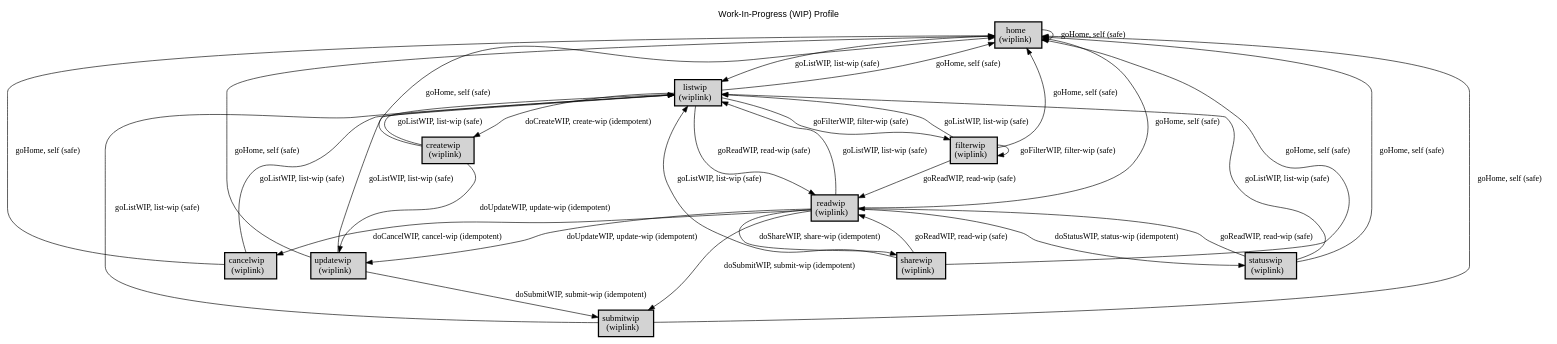
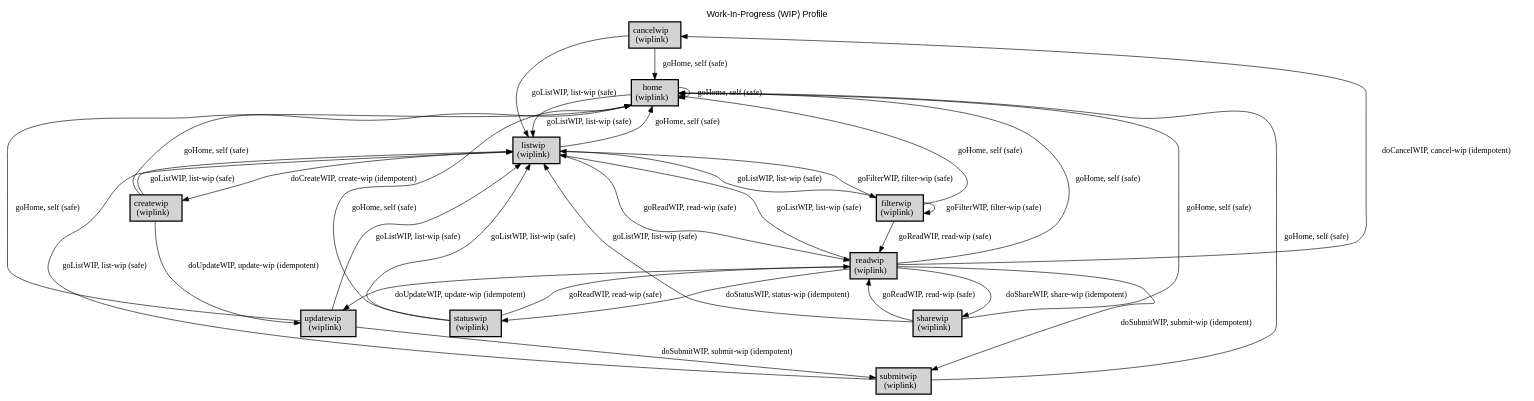
The diagram in docs/wip/wip.dot (webapicookbook/alps-documents), drawn with Graphviz before and after one commit. The commit also changed other lines of this file and 72 other files, not shown here.

```diff
--- a/docs/wip/wip.dot
+++ b/docs/wip/wip.dot
@@ -1,56 +1,56 @@
 digraph application_state_diagram {
   graph [
     labelloc="t";
     fontname="Helvetica"
     label="Work-In-Progress (WIP) Profile";
     URL="index.html" target="_parent"
   ];
   node [shape = box, style = "bold,filled" fillcolor="lightgray"];
 
+    cancelwip [margin=0.02, label=<<table cellspacing="0" cellpadding="5" border="0"><tr><td>cancelwip<br />(wiplink)<br /></td></tr></table>>,shape=box URL="docs/semantic.cancelwip.html" target="_parent"]
+    createwip [margin=0.02, label=<<table cellspacing="0" cellpadding="5" border="0"><tr><td>createwip<br />(wiplink)<br /></td></tr></table>>,shape=box URL="docs/semantic.createwip.html" target="_parent"]
+    filterwip [margin=0.02, label=<<table cellspacing="0" cellpadding="5" border="0"><tr><td>filterwip<br />(wiplink)<br /></td></tr></table>>,shape=box URL="docs/semantic.filterwip.html" target="_parent"]
     home [margin=0.02, label=<<table cellspacing="0" cellpadding="5" border="0"><tr><td>home<br />(wiplink)<br /></td></tr></table>>,shape=box URL="docs/semantic.home.html" target="_parent"]
     listwip [margin=0.02, label=<<table cellspacing="0" cellpadding="5" border="0"><tr><td>listwip<br />(wiplink)<br /></td></tr></table>>,shape=box URL="docs/semantic.listwip.html" target="_parent"]
-    createwip [margin=0.02, label=<<table cellspacing="0" cellpadding="5" border="0"><tr><td>createwip<br />(wiplink)<br /></td></tr></table>>,shape=box URL="docs/semantic.createwip.html" target="_parent"]
     readwip [margin=0.02, label=<<table cellspacing="0" cellpadding="5" border="0"><tr><td>readwip<br />(wiplink)<br /></td></tr></table>>,shape=box URL="docs/semantic.readwip.html" target="_parent"]
-    updatewip [margin=0.02, label=<<table cellspacing="0" cellpadding="5" border="0"><tr><td>updatewip<br />(wiplink)<br /></td></tr></table>>,shape=box URL="docs/semantic.updatewip.html" target="_parent"]
-    submitwip [margin=0.02, label=<<table cellspacing="0" cellpadding="5" border="0"><tr><td>submitwip<br />(wiplink)<br /></td></tr></table>>,shape=box URL="docs/semantic.submitwip.html" target="_parent"]
-    cancelwip [margin=0.02, label=<<table cellspacing="0" cellpadding="5" border="0"><tr><td>cancelwip<br />(wiplink)<br /></td></tr></table>>,shape=box URL="docs/semantic.cancelwip.html" target="_parent"]
-    filterwip [margin=0.02, label=<<table cellspacing="0" cellpadding="5" border="0"><tr><td>filterwip<br />(wiplink)<br /></td></tr></table>>,shape=box URL="docs/semantic.filterwip.html" target="_parent"]
     sharewip [margin=0.02, label=<<table cellspacing="0" cellpadding="5" border="0"><tr><td>sharewip<br />(wiplink)<br /></td></tr></table>>,shape=box URL="docs/semantic.sharewip.html" target="_parent"]
     statuswip [margin=0.02, label=<<table cellspacing="0" cellpadding="5" border="0"><tr><td>statuswip<br />(wiplink)<br /></td></tr></table>>,shape=box URL="docs/semantic.statuswip.html" target="_parent"]
+    submitwip [margin=0.02, label=<<table cellspacing="0" cellpadding="5" border="0"><tr><td>submitwip<br />(wiplink)<br /></td></tr></table>>,shape=box URL="docs/semantic.submitwip.html" target="_parent"]
+    updatewip [margin=0.02, label=<<table cellspacing="0" cellpadding="5" border="0"><tr><td>updatewip<br />(wiplink)<br /></td></tr></table>>,shape=box URL="docs/semantic.updatewip.html" target="_parent"]
 
-    home -> listwip [label = "goListWIP, list-wip (safe)" URL="docs/safe.goListWIP.html" target="_parent" fontsize=13];
-    home -> home [label = "goHome, self (safe)" URL="docs/safe.goHome.html" target="_parent" fontsize=13];
-    listwip -> filterwip [label = "goFilterWIP, filter-wip (safe)" URL="docs/safe.goFilterWIP.html" target="_parent" fontsize=13];
-    listwip -> readwip [label = "goReadWIP, read-wip (safe)" URL="docs/safe.goReadWIP.html" target="_parent" fontsize=13];
-    listwip -> createwip [label = "doCreateWIP, create-wip (idempotent)" URL="docs/idempotent.doCreateWIP.html" target="_parent" fontsize=13];
-    listwip -> home [label = "goHome, self (safe)" URL="docs/safe.goHome.html" target="_parent" fontsize=13];
+    cancelwip -> home [label = "goHome, self (safe)" URL="docs/safe.goHome.html" target="_parent" fontsize=13];
+    cancelwip -> listwip [label = "goListWIP, list-wip (safe)" URL="docs/safe.goListWIP.html" target="_parent" fontsize=13];
+    createwip -> home [label = "goHome, self (safe)" URL="docs/safe.goHome.html" target="_parent" fontsize=13];
+    createwip -> listwip [label = "goListWIP, list-wip (safe)" URL="docs/safe.goListWIP.html" target="_parent" fontsize=13];
     createwip -> updatewip [label = "doUpdateWIP, update-wip (idempotent)" URL="docs/idempotent.doUpdateWIP.html" target="_parent" fontsize=13];
-    createwip -> listwip [label = "goListWIP, list-wip (safe)" URL="docs/safe.goListWIP.html" target="_parent" fontsize=13];
-    createwip -> home [label = "goHome, self (safe)" URL="docs/safe.goHome.html" target="_parent" fontsize=13];
-    readwip -> sharewip [label = "doShareWIP, share-wip (idempotent)" URL="docs/idempotent.doShareWIP.html" target="_parent" fontsize=13];
-    readwip -> updatewip [label = "doUpdateWIP, update-wip (idempotent)" URL="docs/idempotent.doUpdateWIP.html" target="_parent" fontsize=13];
-    readwip -> submitwip [label = "doSubmitWIP, submit-wip (idempotent)" URL="docs/idempotent.doSubmitWIP.html" target="_parent" fontsize=13];
-    readwip -> cancelwip [label = "doCancelWIP, cancel-wip (idempotent)" URL="docs/idempotent.doCancelWIP.html" target="_parent" fontsize=13];
-    readwip -> statuswip [label = "doStatusWIP, status-wip (idempotent)" URL="docs/idempotent.doStatusWIP.html" target="_parent" fontsize=13];
-    readwip -> listwip [label = "goListWIP, list-wip (safe)" URL="docs/safe.goListWIP.html" target="_parent" fontsize=13];
-    readwip -> home [label = "goHome, self (safe)" URL="docs/safe.goHome.html" target="_parent" fontsize=13];
-    updatewip -> submitwip [label = "doSubmitWIP, submit-wip (idempotent)" URL="docs/idempotent.doSubmitWIP.html" target="_parent" fontsize=13];
-    updatewip -> listwip [label = "goListWIP, list-wip (safe)" URL="docs/safe.goListWIP.html" target="_parent" fontsize=13];
-    updatewip -> home [label = "goHome, self (safe)" URL="docs/safe.goHome.html" target="_parent" fontsize=13];
-    submitwip -> listwip [label = "goListWIP, list-wip (safe)" URL="docs/safe.goListWIP.html" target="_parent" fontsize=13];
-    submitwip -> home [label = "goHome, self (safe)" URL="docs/safe.goHome.html" target="_parent" fontsize=13];
-    cancelwip -> listwip [label = "goListWIP, list-wip (safe)" URL="docs/safe.goListWIP.html" target="_parent" fontsize=13];
-    cancelwip -> home [label = "goHome, self (safe)" URL="docs/safe.goHome.html" target="_parent" fontsize=13];
+    filterwip -> filterwip [label = "goFilterWIP, filter-wip (safe)" URL="docs/safe.goFilterWIP.html" target="_parent" fontsize=13];
     filterwip -> home [label = "goHome, self (safe)" URL="docs/safe.goHome.html" target="_parent" fontsize=13];
     filterwip -> listwip [label = "goListWIP, list-wip (safe)" URL="docs/safe.goListWIP.html" target="_parent" fontsize=13];
-    filterwip -> filterwip [label = "goFilterWIP, filter-wip (safe)" URL="docs/safe.goFilterWIP.html" target="_parent" fontsize=13];
     filterwip -> readwip [label = "goReadWIP, read-wip (safe)" URL="docs/safe.goReadWIP.html" target="_parent" fontsize=13];
+    home -> home [label = "goHome, self (safe)" URL="docs/safe.goHome.html" target="_parent" fontsize=13];
+    home -> listwip [label = "goListWIP, list-wip (safe)" URL="docs/safe.goListWIP.html" target="_parent" fontsize=13];
+    listwip -> createwip [label = "doCreateWIP, create-wip (idempotent)" URL="docs/idempotent.doCreateWIP.html" target="_parent" fontsize=13];
+    listwip -> filterwip [label = "goFilterWIP, filter-wip (safe)" URL="docs/safe.goFilterWIP.html" target="_parent" fontsize=13];
+    listwip -> home [label = "goHome, self (safe)" URL="docs/safe.goHome.html" target="_parent" fontsize=13];
+    listwip -> readwip [label = "goReadWIP, read-wip (safe)" URL="docs/safe.goReadWIP.html" target="_parent" fontsize=13];
+    readwip -> cancelwip [label = "doCancelWIP, cancel-wip (idempotent)" URL="docs/idempotent.doCancelWIP.html" target="_parent" fontsize=13];
+    readwip -> home [label = "goHome, self (safe)" URL="docs/safe.goHome.html" target="_parent" fontsize=13];
+    readwip -> listwip [label = "goListWIP, list-wip (safe)" URL="docs/safe.goListWIP.html" target="_parent" fontsize=13];
+    readwip -> sharewip [label = "doShareWIP, share-wip (idempotent)" URL="docs/idempotent.doShareWIP.html" target="_parent" fontsize=13];
+    readwip -> statuswip [label = "doStatusWIP, status-wip (idempotent)" URL="docs/idempotent.doStatusWIP.html" target="_parent" fontsize=13];
+    readwip -> submitwip [label = "doSubmitWIP, submit-wip (idempotent)" URL="docs/idempotent.doSubmitWIP.html" target="_parent" fontsize=13];
+    readwip -> updatewip [label = "doUpdateWIP, update-wip (idempotent)" URL="docs/idempotent.doUpdateWIP.html" target="_parent" fontsize=13];
+    sharewip -> home [label = "goHome, self (safe)" URL="docs/safe.goHome.html" target="_parent" fontsize=13];
+    sharewip -> listwip [label = "goListWIP, list-wip (safe)" URL="docs/safe.goListWIP.html" target="_parent" fontsize=13];
     sharewip -> readwip [label = "goReadWIP, read-wip (safe)" URL="docs/safe.goReadWIP.html" target="_parent" fontsize=13];
-    sharewip -> listwip [label = "goListWIP, list-wip (safe)" URL="docs/safe.goListWIP.html" target="_parent" fontsize=13];
-    sharewip -> home [label = "goHome, self (safe)" URL="docs/safe.goHome.html" target="_parent" fontsize=13];
+    statuswip -> home [label = "goHome, self (safe)" URL="docs/safe.goHome.html" target="_parent" fontsize=13];
+    statuswip -> listwip [label = "goListWIP, list-wip (safe)" URL="docs/safe.goListWIP.html" target="_parent" fontsize=13];
     statuswip -> readwip [label = "goReadWIP, read-wip (safe)" URL="docs/safe.goReadWIP.html" target="_parent" fontsize=13];
-    statuswip -> listwip [label = "goListWIP, list-wip (safe)" URL="docs/safe.goListWIP.html" target="_parent" fontsize=13];
-    statuswip -> home [label = "goHome, self (safe)" URL="docs/safe.goHome.html" target="_parent" fontsize=13];
+    submitwip -> home [label = "goHome, self (safe)" URL="docs/safe.goHome.html" target="_parent" fontsize=13];
+    submitwip -> listwip [label = "goListWIP, list-wip (safe)" URL="docs/safe.goListWIP.html" target="_parent" fontsize=13];
+    updatewip -> home [label = "goHome, self (safe)" URL="docs/safe.goHome.html" target="_parent" fontsize=13];
+    updatewip -> listwip [label = "goListWIP, list-wip (safe)" URL="docs/safe.goListWIP.html" target="_parent" fontsize=13];
+    updatewip -> submitwip [label = "doSubmitWIP, submit-wip (idempotent)" URL="docs/idempotent.doSubmitWIP.html" target="_parent" fontsize=13];
 
 
 }
```
